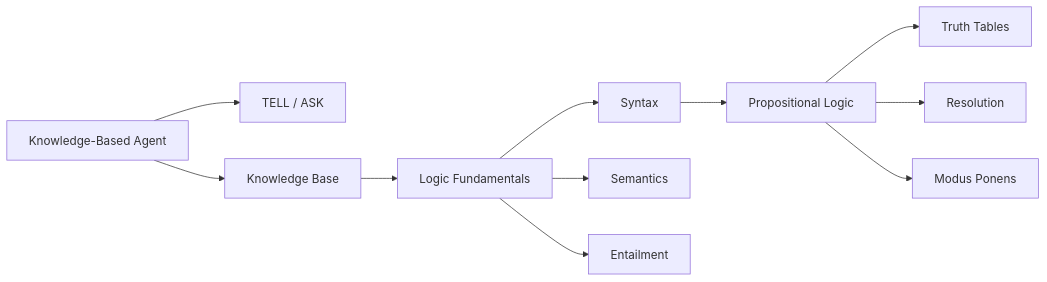
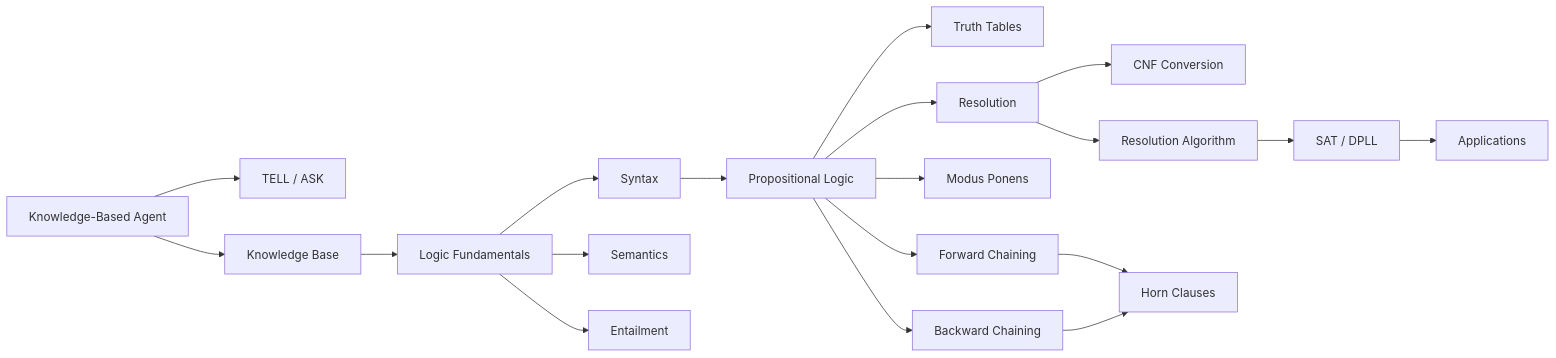
Before and after one commit to Raushan666java/ai-engineering-journey: the diagram in docs/courses/artificial-intelligence/06-logic.md, drawn with Mermaid. The commit also changed other lines of this file and 26 other files, not shown here.

````diff
--- a/docs/courses/artificial-intelligence/06-logic.md
+++ b/docs/courses/artificial-intelligence/06-logic.md
@@ -28,13 +58,21 @@
 ```mermaid
 flowchart LR
     A[Knowledge-Based Agent] --> B[TELL / ASK]
     A --> C[Knowledge Base]
     C --> D[Logic Fundamentals]
     D --> E[Syntax]
     D --> F[Semantics]
     D --> G[Entailment]
     E --> H[Propositional Logic]
     H --> I1[Truth Tables]
     H --> I2[Resolution]
     H --> I3[Modus Ponens]
+    H --> I4[Forward Chaining]
+    H --> I5[Backward Chaining]
+    I2 --> J[CNF Conversion]
+    I2 --> K[Resolution Algorithm]
+    I4 --> L[Horn Clauses]
+    I5 --> L
+    K --> M[SAT / DPLL]
+    M --> N[Applications]
 ```
````
